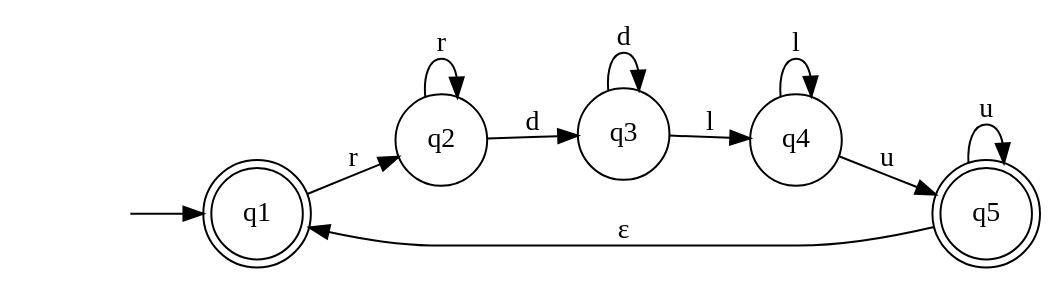
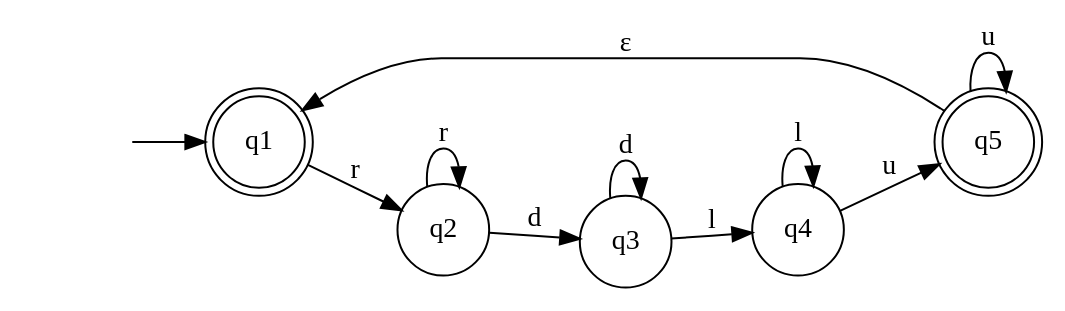
The diagram in patrolexpect.gv (itsmeavi/POLmc), drawn with Graphviz before and after one commit. The commit also changed other lines of this file and 10 other files, not shown here.

```diff
--- a/patrolexpect.gv
+++ b/patrolexpect.gv
@@ -1,19 +1,19 @@
 digraph patrolexpect {
 	graph [rankdir=LR]
 	"" [label="" shape=plaintext]
+	q5 [label=q5 shape=doublecircle]
 	q1 [label=q1 shape=doublecircle]
-	q5 [label=q5 shape=doublecircle]
 	q3 [label=q3 shape=circle]
+	q4 [label=q4 shape=circle]
 	q2 [label=q2 shape=circle]
-	q4 [label=q4 shape=circle]
 	"" -> q1 [label=""]
 	q1 -> q2 [label=r]
 	q2 -> q2 [label=r]
 	q2 -> q3 [label=d]
 	q3 -> q3 [label=d]
 	q3 -> q4 [label=l]
 	q4 -> q4 [label=l]
 	q4 -> q5 [label=u]
 	q5 -> q5 [label=u]
 	q5 -> q1 [label="ε"]
 }
```
